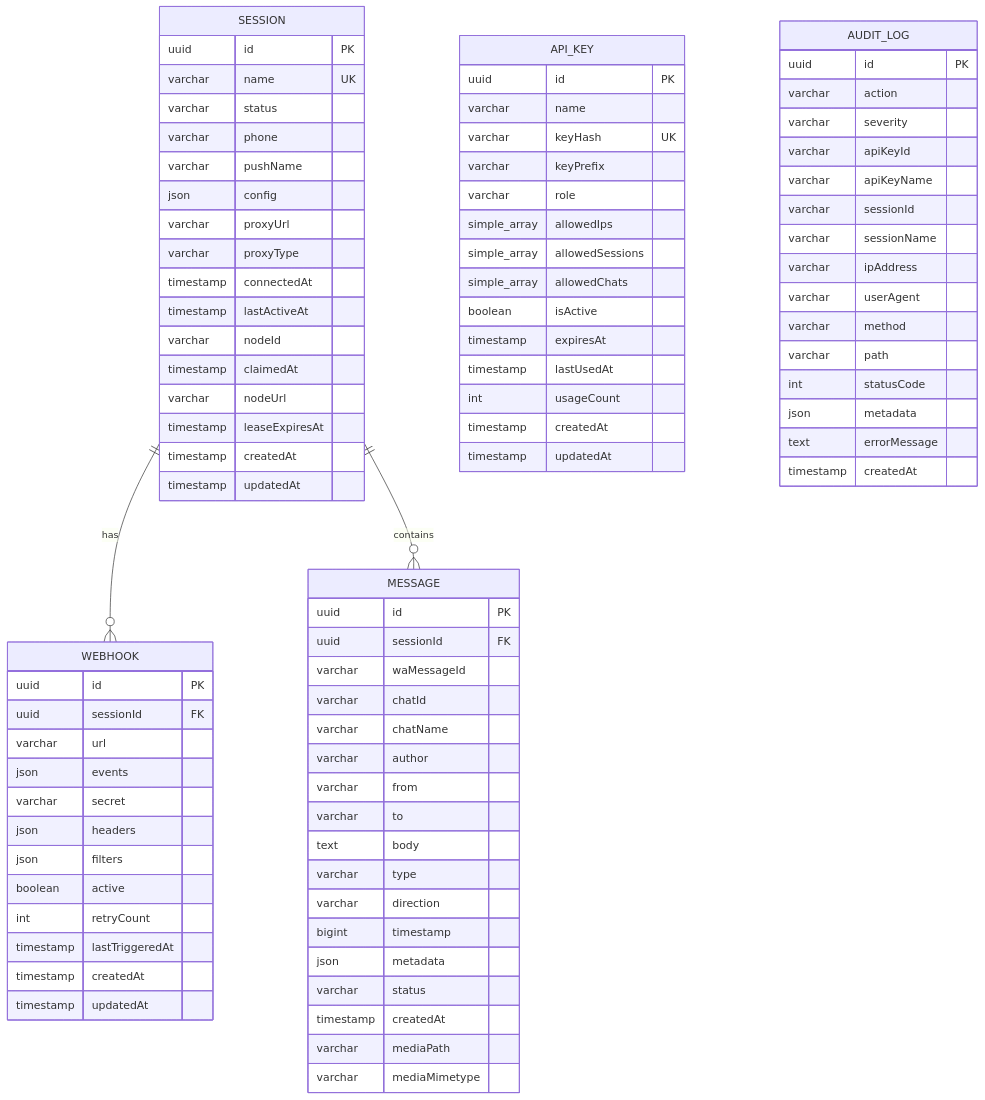
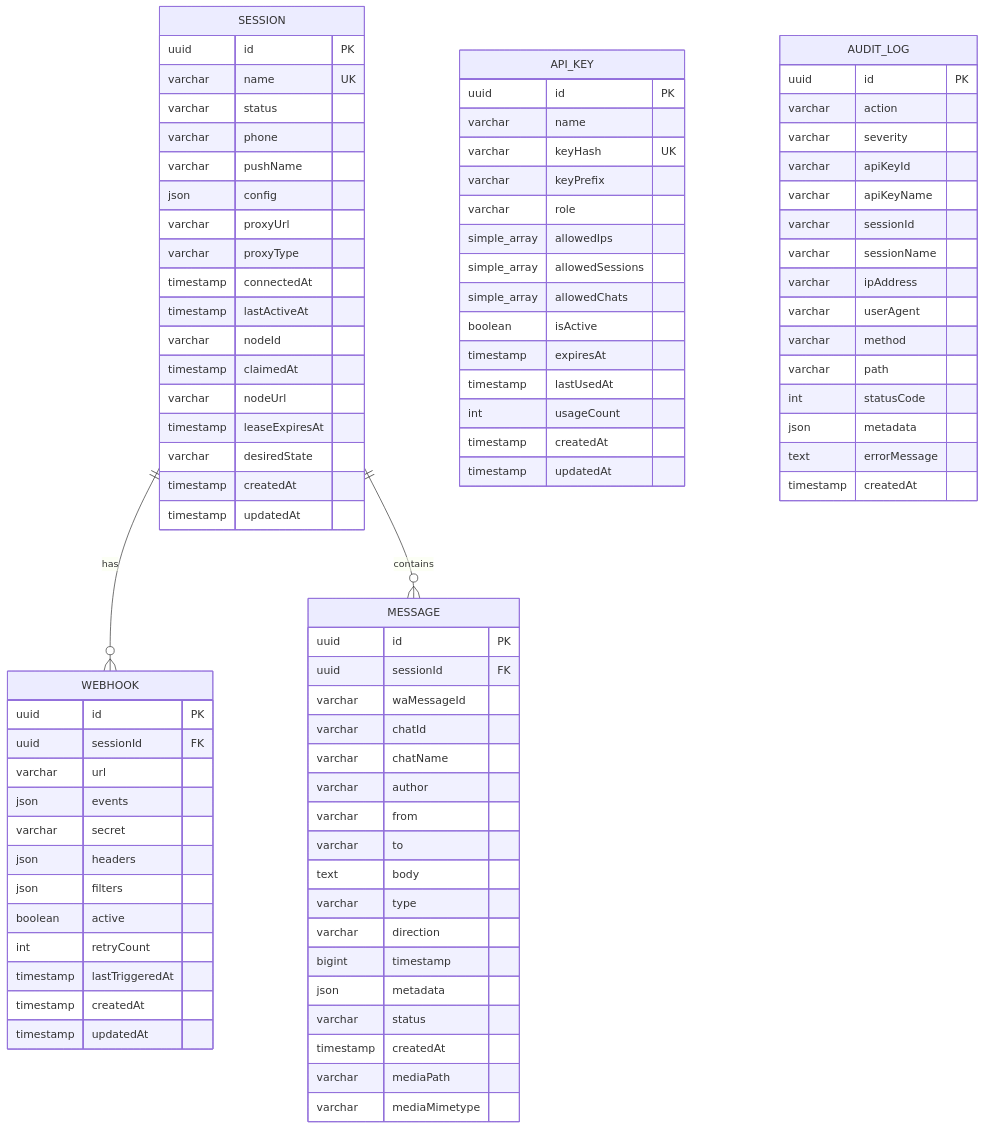
One commit to AntoineTROOVY/Sherlo changed the first of 5 diagrams in docs/05-database-design.md. Above: the diagram before and after it, drawn with Mermaid. The commit also changed other lines of this file and 20 other files, not shown here.

```diff
--- a/docs/05-database-design.md
+++ b/docs/05-database-design.md
@@ -208,6 +208,7 @@
         timestamp claimedAt
         varchar nodeUrl
         timestamp leaseExpiresAt
+        varchar desiredState
         timestamp createdAt
         timestamp updatedAt
     }
```
